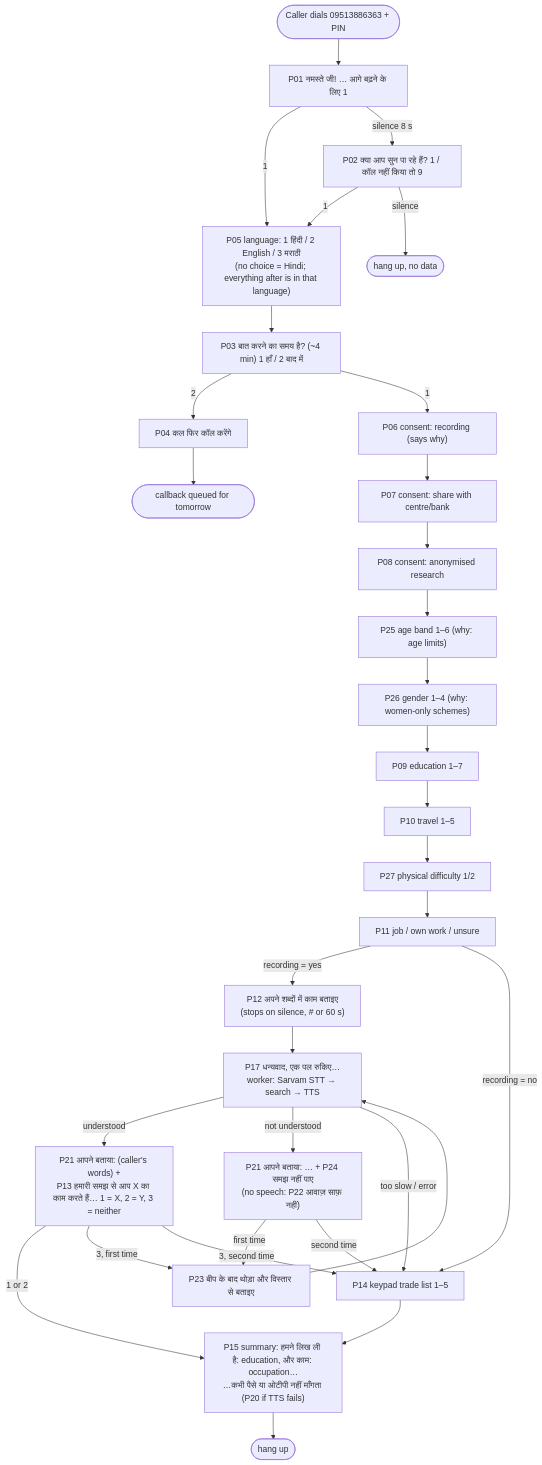
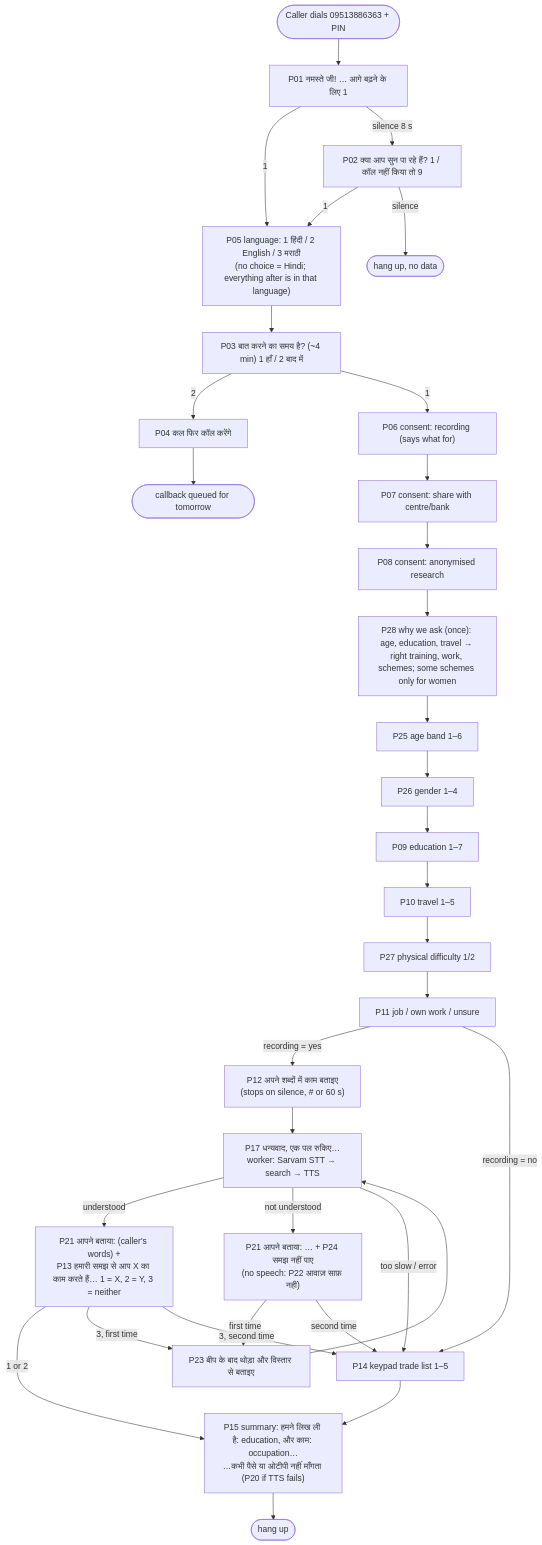
The second of 2 diagrams in docs/HANDOFF.md (sakshamagrawalcode-cpu/hunarvaani), drawn with Mermaid before and after one commit. The commit also changed other lines of this file and 95 other files, not shown here.

````diff
--- a/docs/HANDOFF.md
+++ b/docs/HANDOFF.md
@@ -108,26 +115,26 @@
 ```mermaid
 flowchart TD
     A([Caller dials 09513886363 + PIN]) --> P01["P01 नमस्ते जी! … आगे बढ़ने के लिए 1"]
     P01 -- 1 --> P05["P05 language: 1 हिंदी / 2 English / 3 मराठी<br/>(no choice = Hindi; everything after is in that language)"]
     P01 -- "silence 8 s" --> P02["P02 क्या आप सुन पा रहे हैं? 1 / कॉल नहीं किया तो 9"]
     P02 -- 1 --> P05
     P02 -- "silence" --> END0([hang up, no data])
     P05 --> P03["P03 बात करने का समय है? (~4 min) 1 हाँ / 2 बाद में"]
     P03 -- 2 --> P04["P04 कल फिर कॉल करेंगे"] --> CB([callback queued for tomorrow])
-    P03 -- 1 --> P06["P06 consent: recording (says why)"] --> P07["P07 consent: share with centre/bank"] --> P08["P08 consent: anonymised research"]
-    P08 --> P25["P25 age band 1–6 (why: age limits)"] --> P26["P26 gender 1–4 (why: women-only schemes)"]
+    P03 -- 1 --> P06["P06 consent: recording (says what for)"] --> P07["P07 consent: share with centre/bank"] --> P08["P08 consent: anonymised research"]
+    P08 --> P28["P28 why we ask (once): age, education, travel → right training, work, schemes; some schemes only for women"] --> P25["P25 age band 1–6"] --> P26["P26 gender 1–4"]
     P26 --> P09["P09 education 1–7"] --> P10["P10 travel 1–5"] --> P27["P27 physical difficulty 1/2"] --> P11["P11 job / own work / unsure"]
     P11 -- "recording = yes" --> P12["P12 अपने शब्दों में काम बताइए<br/>(stops on silence, # or 60 s)"]
     P11 -- "recording = no" --> P14
     P12 --> P17["P17 धन्यवाद, एक पल रुकिए…<br/>worker: Sarvam STT → search → TTS"]
     P17 -- "understood" --> P13["P21 आपने बताया: (caller's words) +<br/>P13 हमारी समझ से आप X का काम करते हैं… 1 = X, 2 = Y, 3 = neither"]
     P17 -- "not understood" --> RETRY["P21 आपने बताया: … + P24 समझ नहीं पाए<br/>(no speech: P22 आवाज़ साफ़ नहीं)"]
     RETRY -- "first time" --> P23["P23 बीप के बाद थोड़ा और विस्तार से बताइए"] --> P17
     RETRY -- "second time" --> P14
     P17 -- "too slow / error" --> P14["P14 keypad trade list 1–5"]
     P13 -- "1 or 2" --> P15
     P13 -- "3, first time" --> P23
     P13 -- "3, second time" --> P14
     P14 --> P15["P15 summary: हमने लिख ली है: education, और काम: occupation…<br/>…कभी पैसे या ओटीपी नहीं माँगता (P20 if TTS fails)"]
     P15 --> END([hang up])
 ```
````
